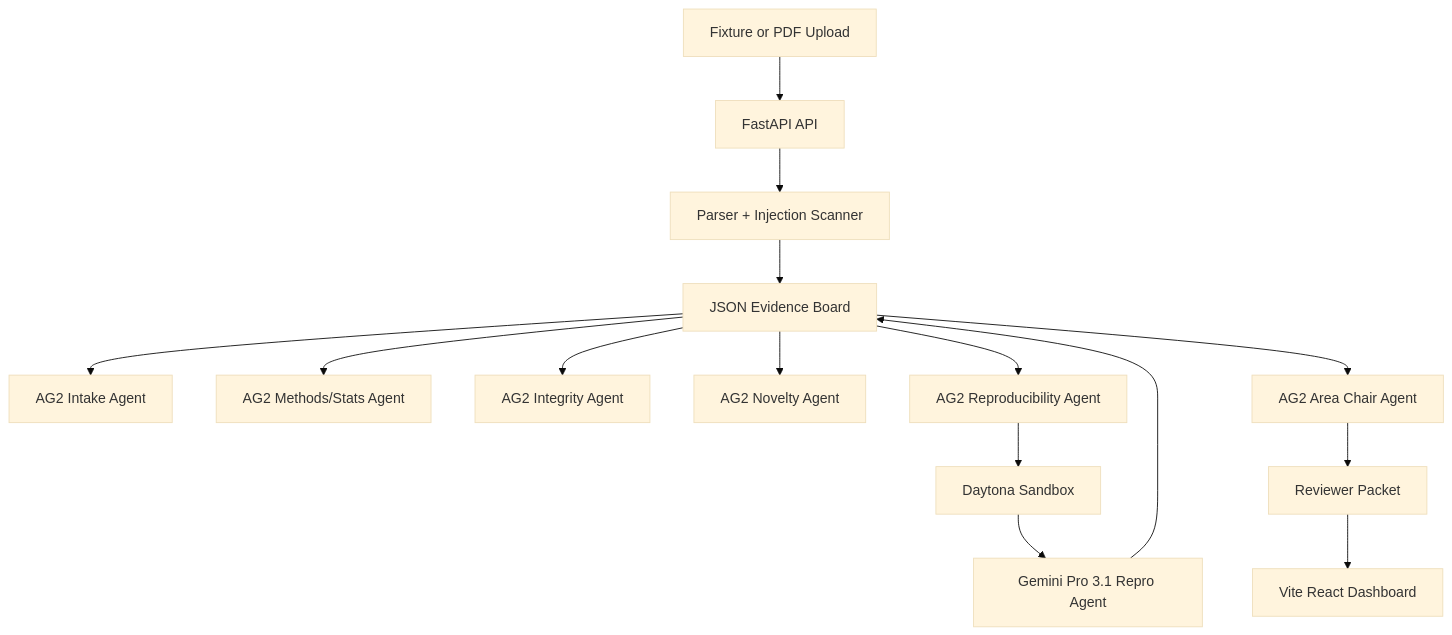
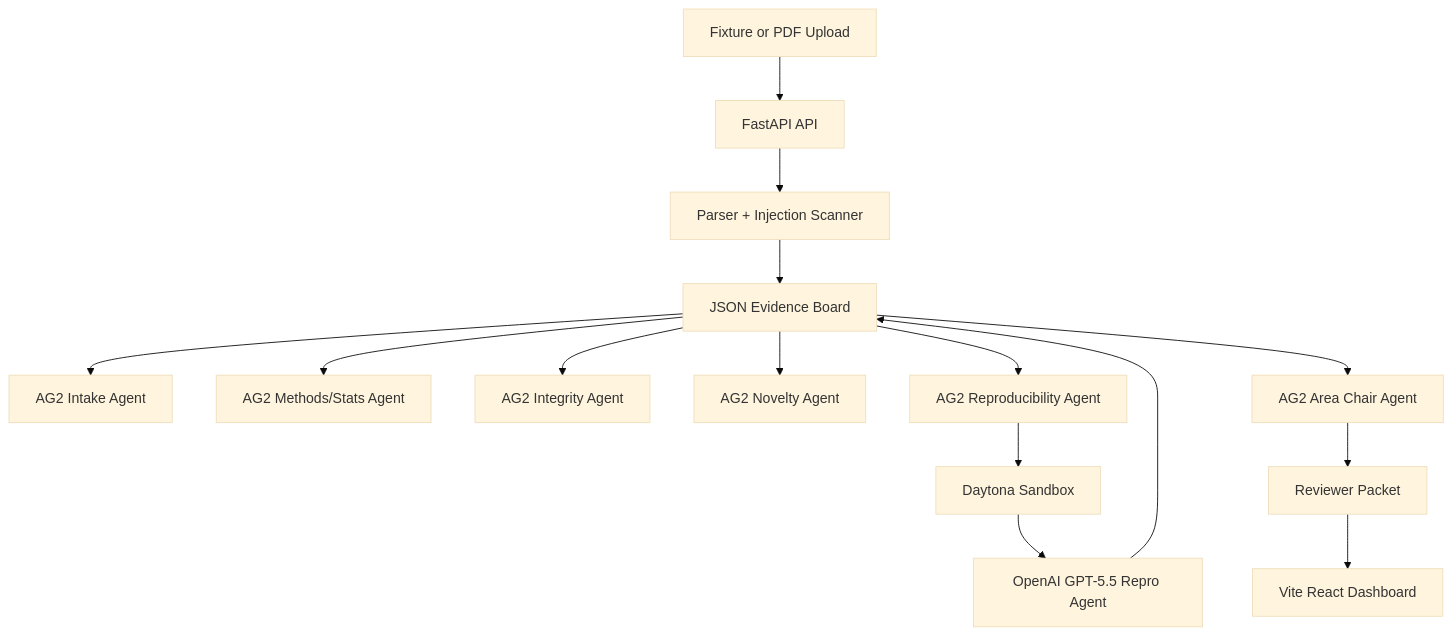
The diagram in README.md (hery-2006/RefereeOS), drawn with Mermaid (base theme) before and after one commit. The commit also changed other lines of this file and 12 other files, not shown here.

Commit message:
Switch sandbox interpretation to OpenAI GPT-5.5

````diff
--- a/README.md
+++ b/README.md
@@ -19,17 +19,17 @@
 ```mermaid
 flowchart TD
     A[Fixture or PDF Upload] --> B[FastAPI API]
     B --> C[Parser + Injection Scanner]
     C --> D[JSON Evidence Board]
     D --> E[AG2 Intake Agent]
     D --> F[AG2 Methods/Stats Agent]
     D --> G[AG2 Integrity Agent]
     D --> H[AG2 Novelty Agent]
     D --> I[AG2 Reproducibility Agent]
     I --> J[Daytona Sandbox]
-    J --> K[Gemini Pro 3.1 Repro Agent]
+    J --> K[OpenAI GPT-5.5 Repro Agent]
     K --> D
     D --> L[AG2 Area Chair Agent]
     L --> M[Reviewer Packet]
     M --> N[Vite React Dashboard]
 ```
````
